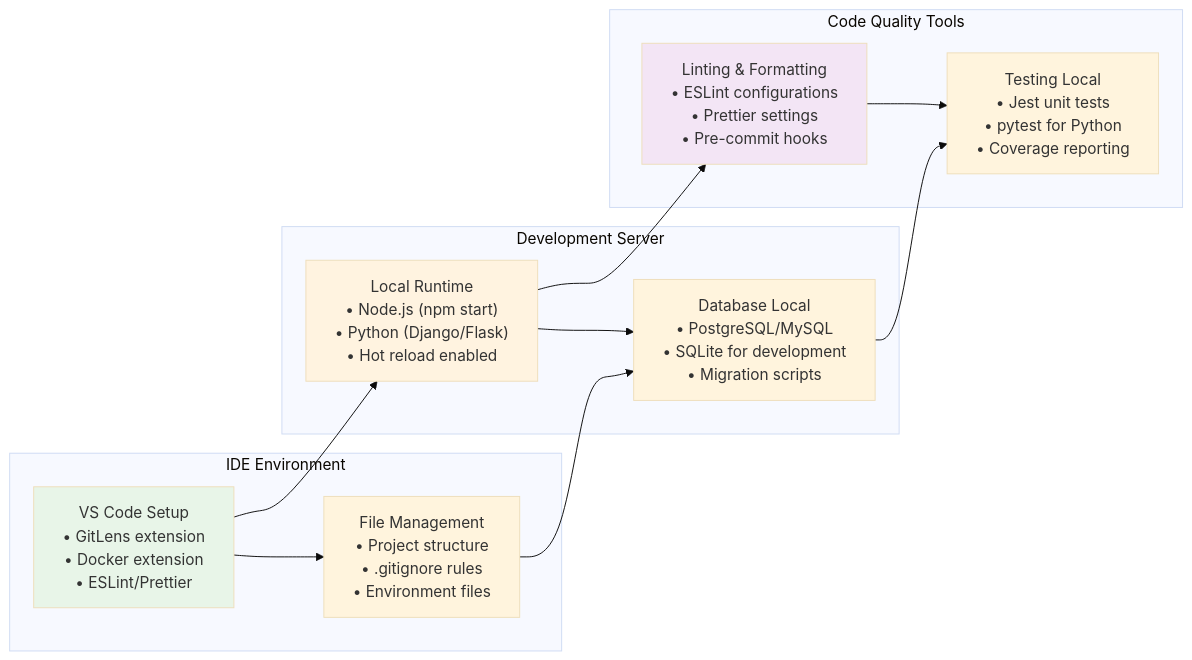
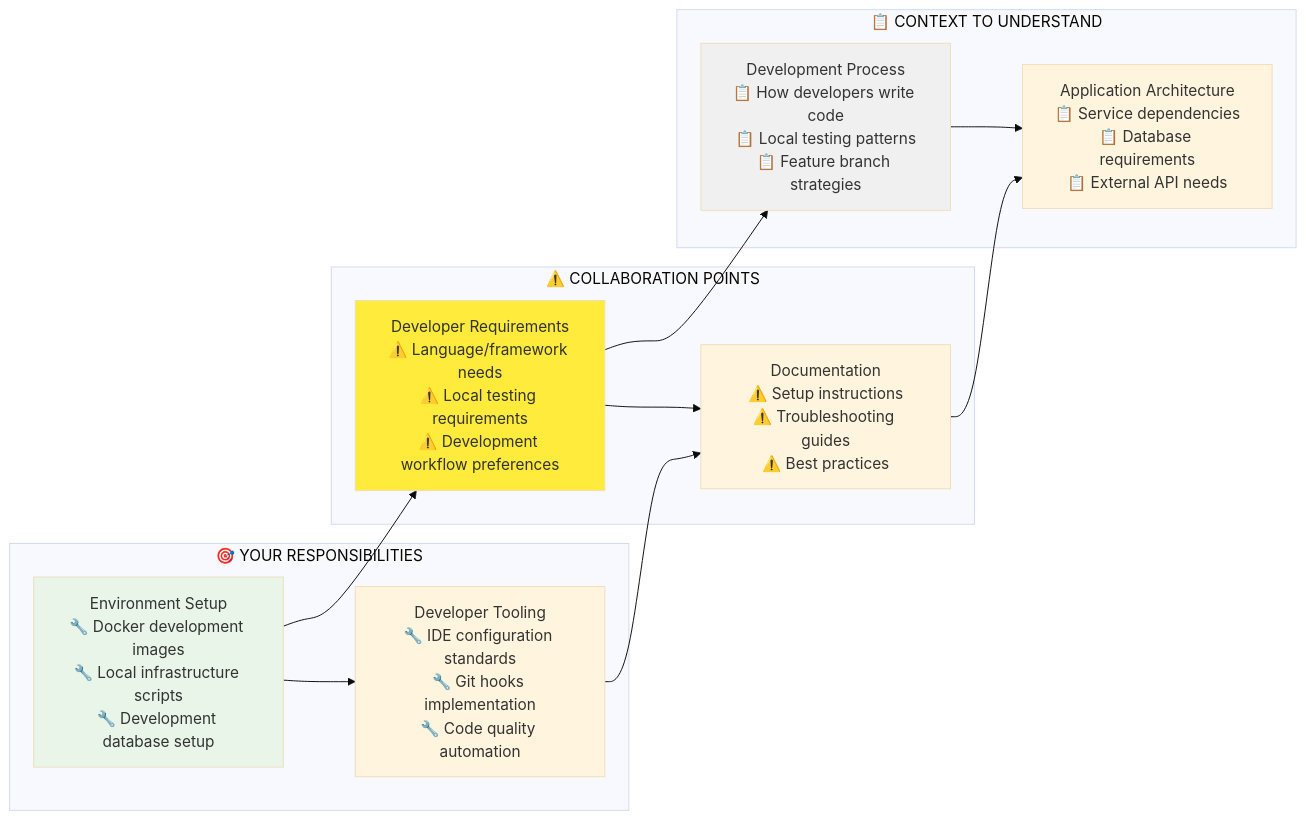
The third of 10 diagrams in Tech_Relationships/13-DevOps_Development_Cycle_Relationships.md (pelchers/Learning_DevOps), drawn with Mermaid (base theme) before and after one commit. The commit also changed other lines of this file and 21 other files, not shown here.

````diff
--- a/Tech_Relationships/13-DevOps_Development_Cycle_Relationships.md
+++ b/Tech_Relationships/13-DevOps_Development_Cycle_Relationships.md
@@ -121,23 +116,23 @@
 ```mermaid
 flowchart LR
-    subgraph "IDE Environment"
-        A["VS Code Setup<br/>• GitLens extension<br/>• Docker extension<br/>• ESLint/Prettier"] --> B["File Management<br/>• Project structure<br/>• .gitignore rules<br/>• Environment files"]
+    subgraph "🎯 YOUR RESPONSIBILITIES"
+        A["Environment Setup<br/>🔧 Docker development images<br/>🔧 Local infrastructure scripts<br/>🔧 Development database setup"] --> B["Developer Tooling<br/>🔧 IDE configuration standards<br/>🔧 Git hooks implementation<br/>🔧 Code quality automation"]
     end
     
-    subgraph "Development Server"
-        C["Local Runtime<br/>• Node.js (npm start)<br/>• Python (Django/Flask)<br/>• Hot reload enabled"] --> D["Database Local<br/>• PostgreSQL/MySQL<br/>• SQLite for development<br/>• Migration scripts"]
+    subgraph "⚠️ COLLABORATION POINTS"
+        C["Developer Requirements<br/>⚠️ Language/framework needs<br/>⚠️ Local testing requirements<br/>⚠️ Development workflow preferences"] --> D["Documentation<br/>⚠️ Setup instructions<br/>⚠️ Troubleshooting guides<br/>⚠️ Best practices"]
     end
     
-    subgraph "Code Quality Tools"
-        E["Linting & Formatting<br/>• ESLint configurations<br/>• Prettier settings<br/>• Pre-commit hooks"] --> F["Testing Local<br/>• Jest unit tests<br/>• pytest for Python<br/>• Coverage reporting"]
+    subgraph "📋 CONTEXT TO UNDERSTAND"
+        E["Development Process<br/>📋 How developers write code<br/>📋 Local testing patterns<br/>📋 Feature branch strategies"] --> F["Application Architecture<br/>📋 Service dependencies<br/>📋 Database requirements<br/>📋 External API needs"]
     end
     
     A --> C
     B --> D
     C --> E
     D --> F
     
     style A fill:#e8f5e8
-    style C fill:#fff3e0
-    style E fill:#f3e5f5
+    style C fill:#ffeb3b
+    style E fill:#f0f0f0
 ```
````
